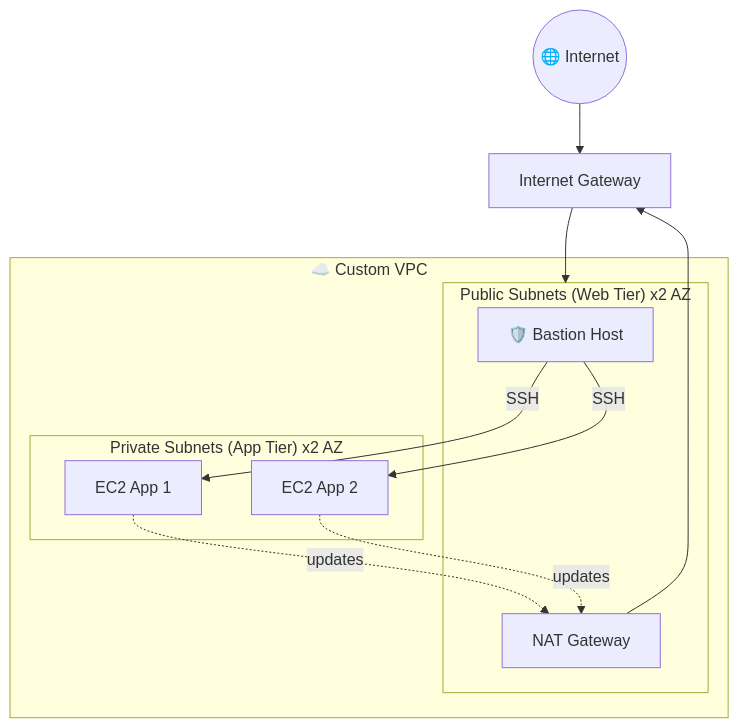
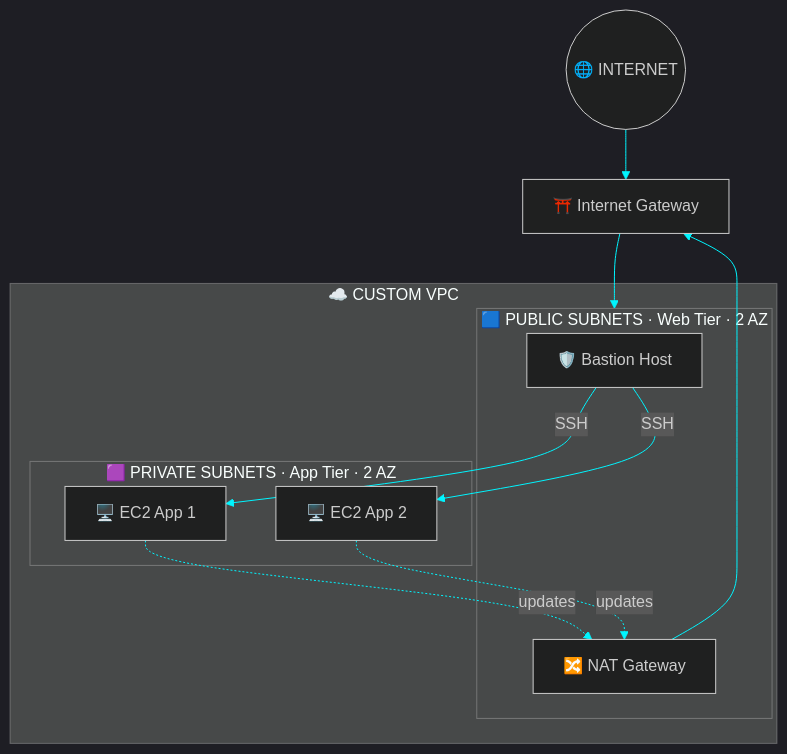
Before and after one commit to Incryster/Incryster: the diagram in README.md, drawn with Mermaid. The commit also changed other lines of this file, not shown here.

````diff
--- a/README.md
+++ b/README.md
@@ -73,20 +83,21 @@
 ```mermaid
+%%{init: {'theme':'dark','themeVariables':{'primaryColor':'#0d1117','primaryTextColor':'#00f5ff','primaryBorderColor':'#7b2ff7','lineColor':'#00f5ff','secondaryColor':'#161b22','tertiaryColor':'#0d1117','fontFamily':'monospace'}}}%%
 flowchart TB
-    Internet((🌐 Internet)) --> IGW[Internet Gateway]
+    Internet((🌐 INTERNET)) --> IGW[⛩️ Internet Gateway]
     IGW --> PUB
-    subgraph VPC["☁️ Custom VPC"]
-        subgraph PUB["Public Subnets (Web Tier) x2 AZ"]
+    subgraph VPC["☁️ CUSTOM VPC"]
+        subgraph PUB["🟦 PUBLIC SUBNETS · Web Tier · 2 AZ"]
             BASTION[🛡️ Bastion Host]
-            NAT[NAT Gateway]
+            NAT[🔀 NAT Gateway]
         end
-        subgraph PRIV["Private Subnets (App Tier) x2 AZ"]
-            APP1[EC2 App 1]
-            APP2[EC2 App 2]
+        subgraph PRIV["🟪 PRIVATE SUBNETS · App Tier · 2 AZ"]
+            APP1[🖥️ EC2 App 1]
+            APP2[🖥️ EC2 App 2]
         end
         BASTION -- SSH --> APP1
         BASTION -- SSH --> APP2
         APP1 -. updates .-> NAT
         APP2 -. updates .-> NAT
     end
     NAT --> IGW
 ```
````
